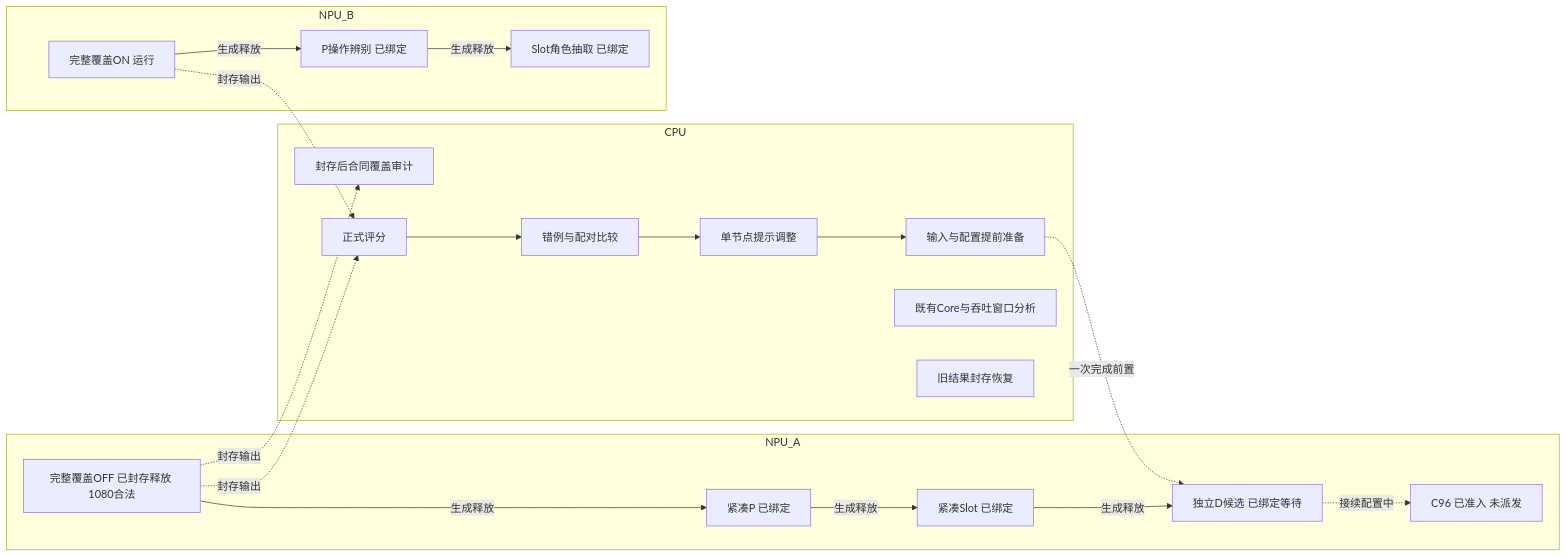
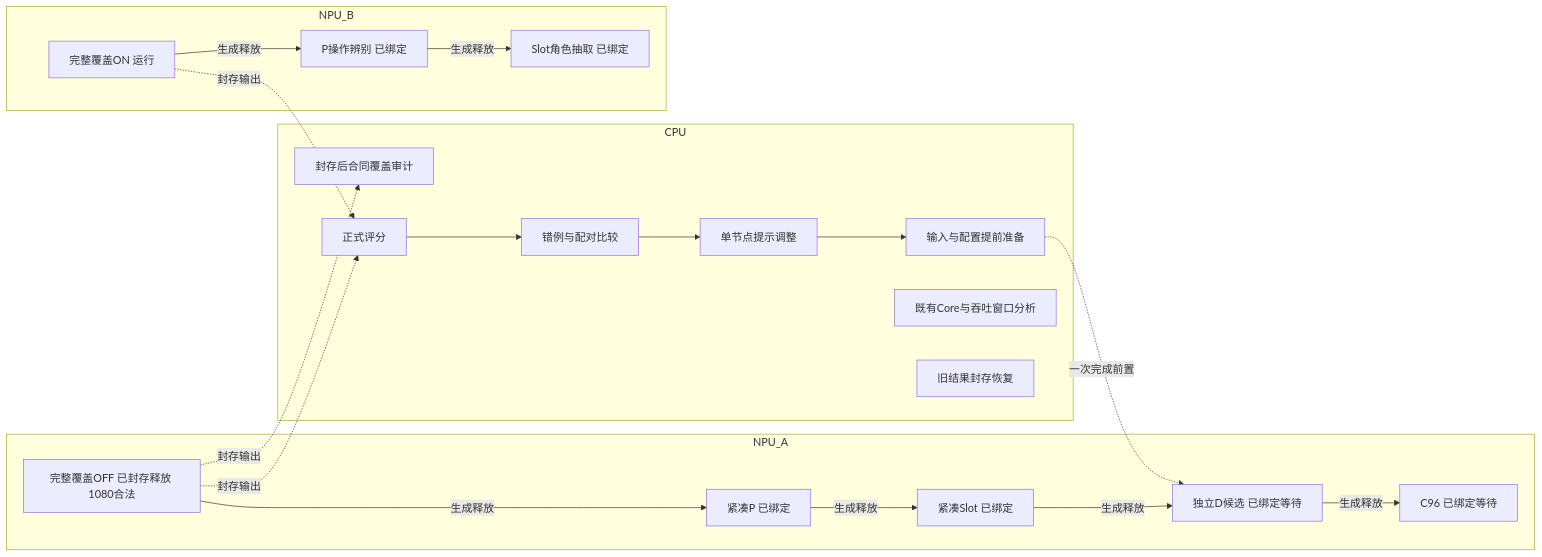
Before and after one commit to chaosxingxc-orion/omni: the diagram in wiki/TFRL-Execution-DAG.md, drawn with Mermaid. The commit also changed other lines of this file and 2 other files, not shown here.

Commit message:
docs: verify C96 queue activation and isolated score continuation

````diff
--- a/wiki/TFRL-Execution-DAG.md
+++ b/wiki/TFRL-Execution-DAG.md
@@ -39,25 +39,25 @@
 ```mermaid
 flowchart LR
   subgraph CPU
     Prep[输入与配置提前准备]
     Audit[封存后合同覆盖审计]
     Score[正式评分] --> Compare[错例与配对比较]
     Compare --> Tune[单节点提示调整] --> Prep
     Efficiency[既有Core与吞吐窗口分析]
     Recover[旧结果封存恢复]
   end
   subgraph NPU_A
     A[完整覆盖OFF 已封存释放 1080合法] -->|生成释放| CP[紧凑P 已绑定]
     CP -->|生成释放| CS[紧凑Slot 已绑定]
     CS -->|生成释放| D[独立D候选 已绑定等待]
-    D -.接续配置中.-> C96[C96 已准入 未派发]
+    D -->|生成释放| C96[C96 已绑定等待]
   end
   subgraph NPU_B
     B[完整覆盖ON 运行] -->|生成释放| P[P操作辨别 已绑定]
     P -->|生成释放| S[Slot角色抽取 已绑定]
   end
   A -.封存输出.-> Audit
   A -.封存输出.-> Score
   B -.封存输出.-> Score
   Prep -.一次完成前置.-> D
 ```
````
